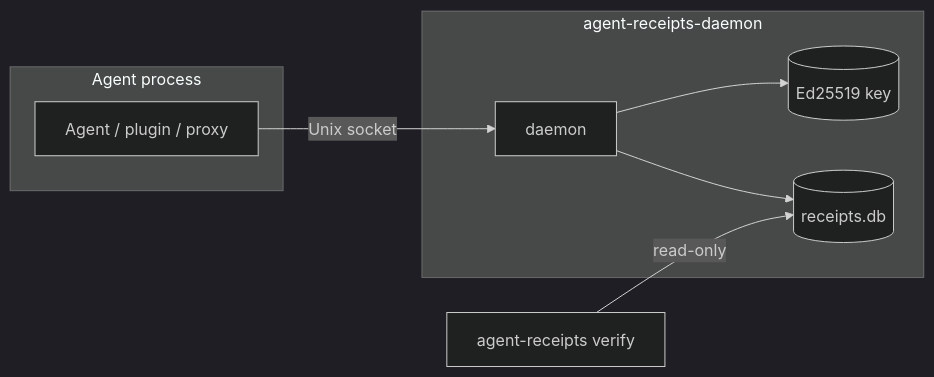
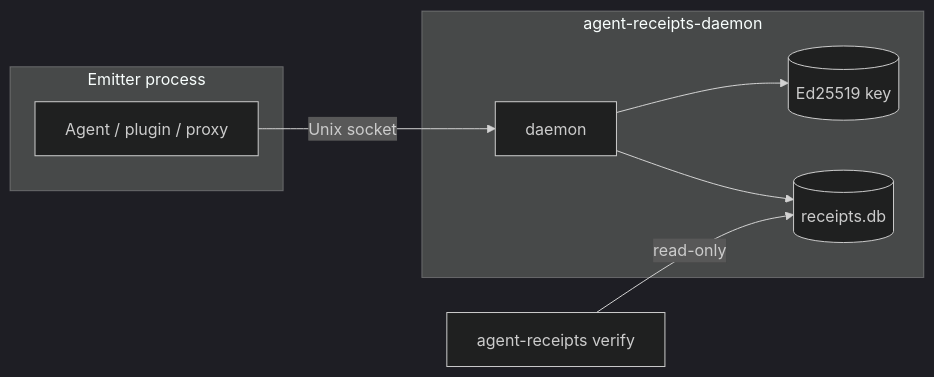
The diagram in site/src/content/docs/index.mdx (agent-receipts/ar), drawn with Mermaid (dark theme) before and after one commit. The commit also changed 3 other files, not shown here.

First line of the commit message:
docs(site): fix four diagram issues per Copilot review on PR #398 round 4

````diff
--- a/site/src/content/docs/index.mdx
+++ b/site/src/content/docs/index.mdx
@@ -120,13 +120,13 @@
 ```mermaid
 graph LR
-  subgraph ap["Agent process"]
+  subgraph ap["Emitter process"]
     A["Agent / plugin / proxy"]
   end
   A -- "Unix socket" --> D
   subgraph dp["agent-receipts-daemon"]
     D[daemon]
     D --> K[(Ed25519 key)]
     D --> DB[(receipts.db)]
   end
   V["agent-receipts verify"] -- "read-only" --> DB
 ```
````
